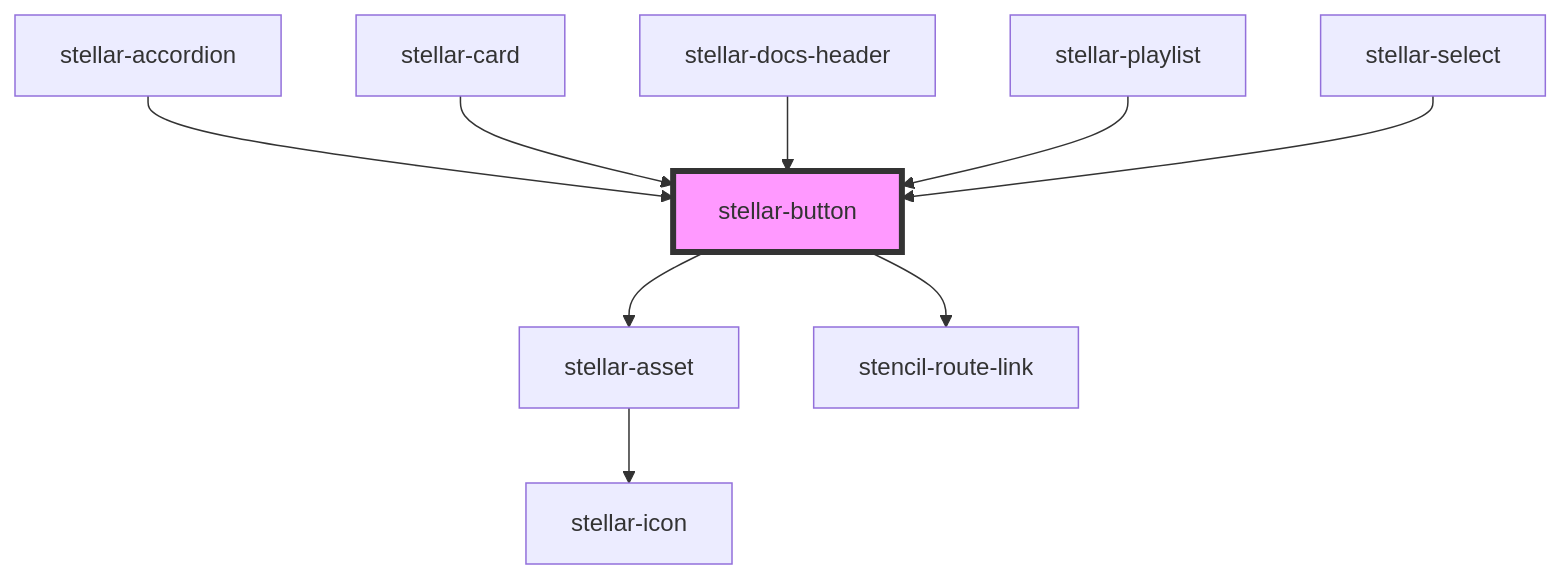
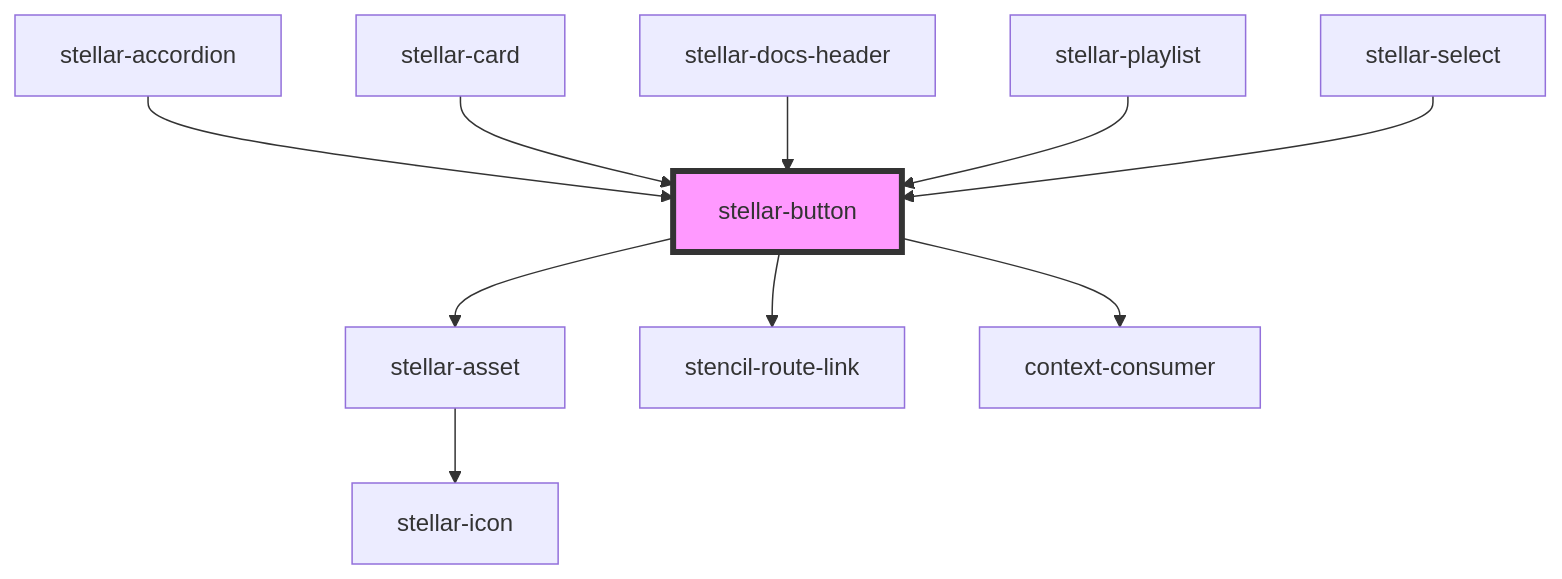
The diagram in src/components/forms/button/readme.md (splitinfinities/Stellar), drawn with Mermaid before and after one commit. The commit also changed other lines of this file and 44 other files, not shown here.

````diff
--- a/src/components/forms/button/readme.md
+++ b/src/components/forms/button/readme.md
@@ -78,12 +79,13 @@
 ```mermaid
 graph TD;
   stellar-button --> stellar-asset
   stellar-button --> stencil-route-link
+  stellar-button --> context-consumer
   stellar-asset --> stellar-icon
   stellar-accordion --> stellar-button
   stellar-card --> stellar-button
   stellar-docs-header --> stellar-button
   stellar-playlist --> stellar-button
   stellar-select --> stellar-button
   style stellar-button fill:#f9f,stroke:#333,stroke-width:4px
 ```
````
